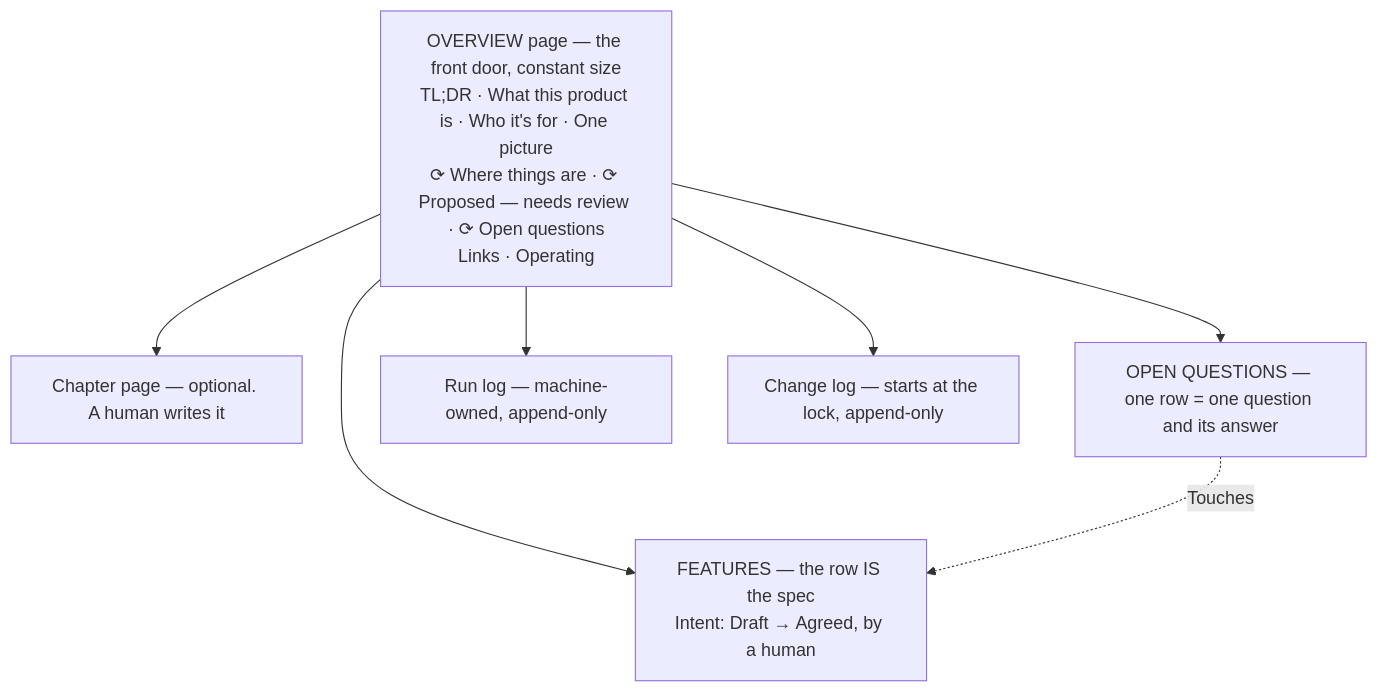
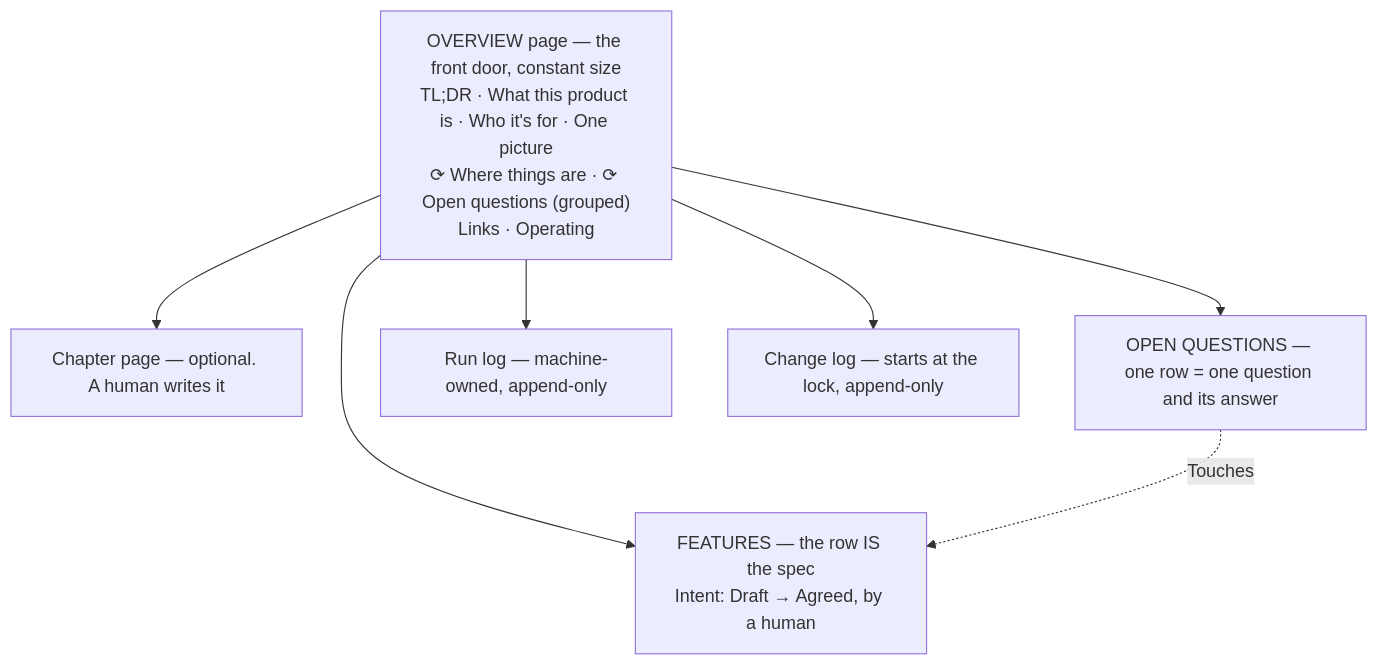
The diagram in spec/doc-shape.md (Simas-Zurauskas/blueprint), drawn with Mermaid before and after one commit. The commit also changed other lines of this file and 6 other files, not shown here.

````diff
--- a/spec/doc-shape.md
+++ b/spec/doc-shape.md
@@ -29,15 +29,15 @@
 ```mermaid
 graph TD
-  R["OVERVIEW page — the front door, constant size<br/>TL;DR · What this product is · Who it's for · One picture<br/>⟳ Where things are · ⟳ Proposed — needs review · ⟳ Open questions<br/>Links · Operating"]
+  R["OVERVIEW page — the front door, constant size<br/>TL;DR · What this product is · Who it's for · One picture<br/>⟳ Where things are · ⟳ Open questions (grouped)<br/>Links · Operating"]
   C["Chapter page — optional. A human writes it"]
   F["FEATURES — the row IS the spec<br/>Intent: Draft → Agreed, by a human"]
   Q["OPEN QUESTIONS — one row = one question and its answer"]
   L["Run log — machine-owned, append-only"]
   BL["Change log — starts at the lock, append-only"]
   R --> C
   R --> F
   R --> Q
   R --> L
   R --> BL
   Q -. "Touches" .-> F
 ```
````
